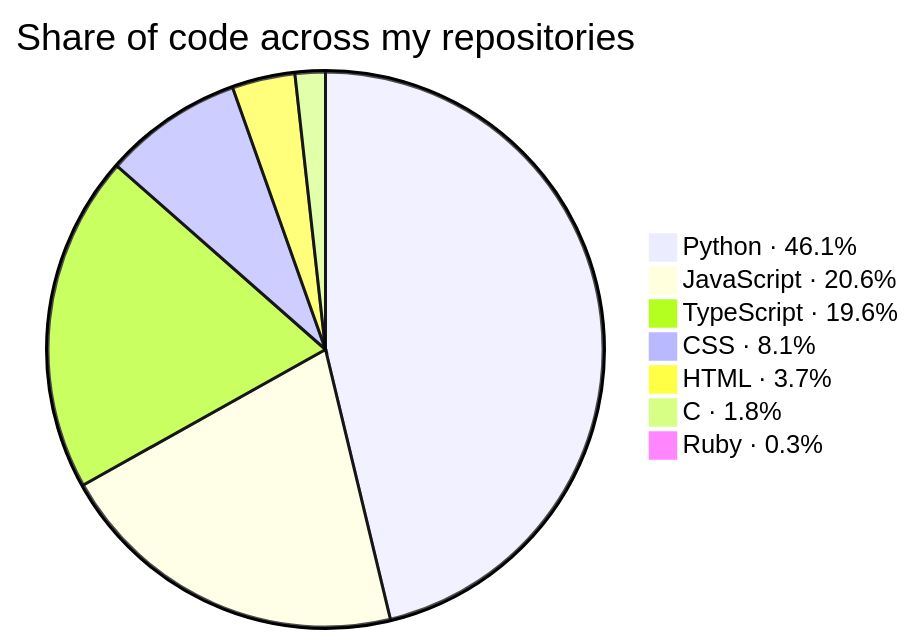
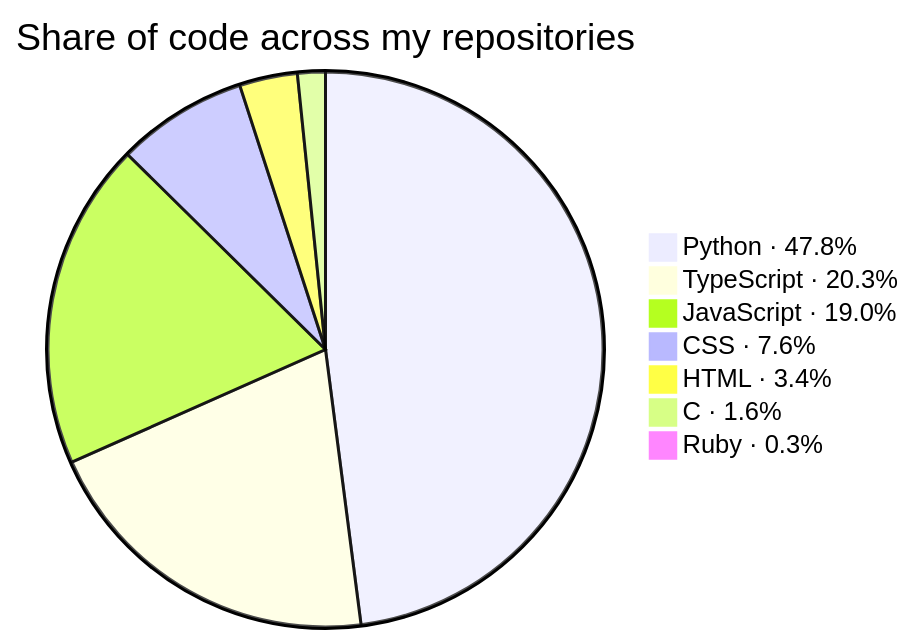
One commit to KathFK1234/KathFK1234 changed the second of 3 diagrams in README.md. Above: the diagram before and after it, drawn with Mermaid. The commit also changed other lines of this file and 1 other file, not shown here.

Commit message:
Update languages and tools by hand while scheduled runs are refused, without Figma and Postman
Fixes #275

````diff
--- a/README.md
+++ b/README.md
@@ -111,11 +111,11 @@
 ```mermaid
 %%{init: {"themeVariables": {"pieSectionTextSize": "0px"}}}%%
 pie title Share of code across my repositories
-    "Python · 46.1%" : 1646.4
-    "JavaScript · 20.6%" : 734.8
-    "TypeScript · 19.6%" : 698.1
-    "CSS · 8.1%" : 288.0
-    "HTML · 3.7%" : 130.4
-    "C · 1.8%" : 62.7
+    "Python · 47.8%" : 1857.4
+    "TypeScript · 20.3%" : 790.0
+    "JavaScript · 19.0%" : 737.3
+    "CSS · 7.6%" : 295.1
+    "HTML · 3.4%" : 130.8
+    "C · 1.6%" : 62.7
     "Ruby · 0.3%" : 10.1
 ```
````
